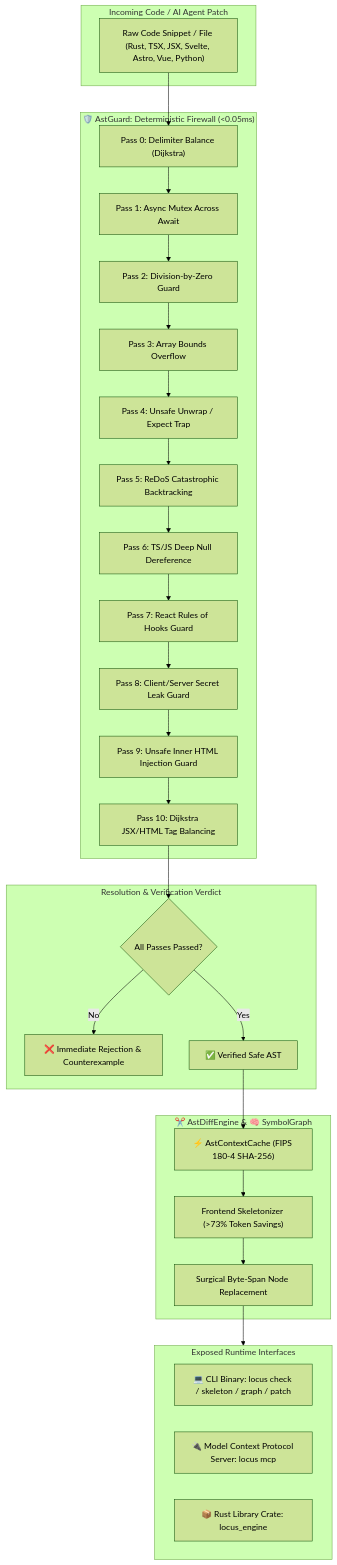
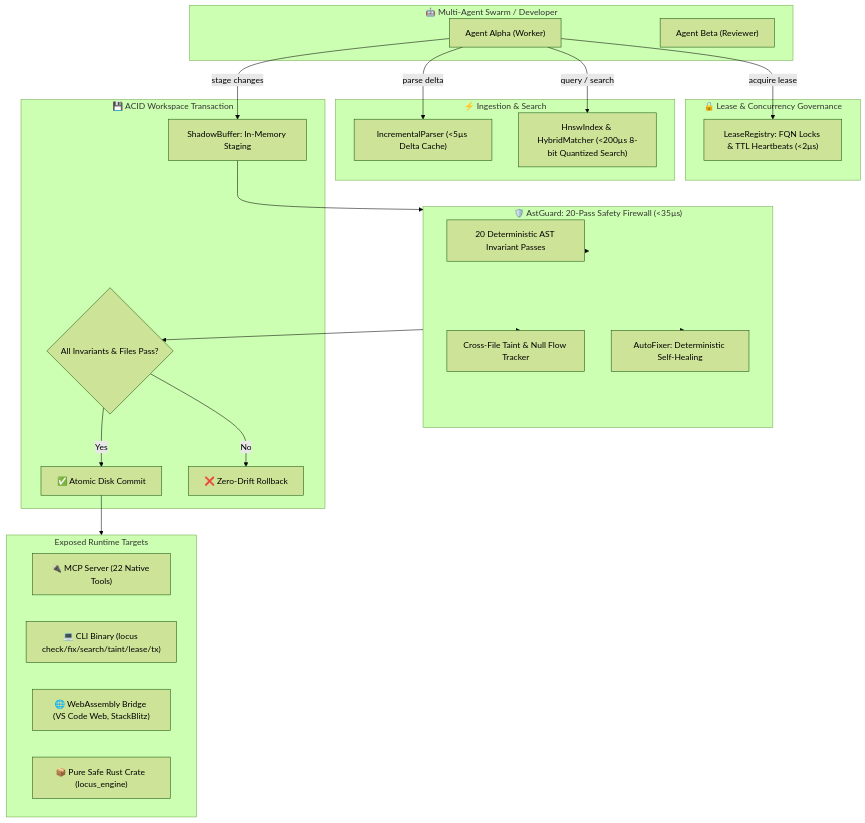
Before and after one commit to ahmadshady747-create/LOCUS: the first of 2 diagrams in README.md, drawn with Mermaid (forest theme). The commit also changed other lines of this file and 78 other files, not shown here.

Commit message:
chore(release): bump locus-engine to v1.5.0 (multi-agent symbol leases, acid workspace & wasm)

````diff
--- a/README.md
+++ b/README.md
@@ -72,44 +66,49 @@
 ```mermaid
 flowchart TD
-    subgraph Input ["Incoming Code / AI Agent Patch"]
-        RawCode["Raw Code Snippet / File (Rust, TSX, JSX, Svelte, Astro, Vue, Python)"]
+    subgraph MultiAgentSwarm ["🤖 Multi-Agent Swarm / Developer"]
+        AgentA["Agent Alpha (Worker)"]
+        AgentB["Agent Beta (Reviewer)"]
     end
 
-    subgraph AstGuardPipeline ["🛡️ AstGuard: Deterministic Firewall (<0.05ms)"]
-        P0["Pass 0: Delimiter Balance (Dijkstra)"]
-        P1["Pass 1: Async Mutex Across Await"]
-        P2["Pass 2: Division-by-Zero Guard"]
-        P3["Pass 3: Array Bounds Overflow"]
-        P4["Pass 4: Unsafe Unwrap / Expect Trap"]
-        P5["Pass 5: ReDoS Catastrophic Backtracking"]
-        P6["Pass 6: TS/JS Deep Null Dereference"]
-        P7["Pass 7: React Rules of Hooks Guard"]
-        P8["Pass 8: Client/Server Secret Leak Guard"]
-        P9["Pass 9: Unsafe Inner HTML Injection Guard"]
-        P10["Pass 10: Dijkstra JSX/HTML Tag Balancing"]
+    subgraph Governance ["🔒 Lease & Concurrency Governance"]
+        LeaseReg["LeaseRegistry: FQN Locks & TTL Heartbeats (<2µs)"]
     end
 
-    subgraph Resolution ["Resolution & Verification Verdict"]
-        VerdictSafe{"All Passes Passed?"}
-        Reject["❌ Immediate Rejection & Counterexample"]
-        Approve["✅ Verified Safe AST"]
+    subgraph Ingestion ["⚡ Ingestion & Search"]
+        IncrParser["IncrementalParser (<5µs Delta Cache)"]
+        HNSW["HnswIndex & HybridMatcher (<200µs 8-bit Quantized Search)"]
     end
 
-    subgraph ContextEngine ["✂️ AstDiffEngine & 🧠 SymbolGraph"]
-        Cache["⚡ AstContextCache (FIPS 180-4 SHA-256)"]
-        Skeleton["Frontend Skeletonizer (>73% Token Savings)"]
-        Patch["Surgical Byte-Span Node Replacement"]
+    subgraph SafetyPipeline ["🛡️ AstGuard: 20-Pass Safety Firewall (<35µs)"]
+        Invariants["20 Deterministic AST Invariant Passes"]
+        Taint["Cross-File Taint & Null Flow Tracker"]
+        AutoFix["AutoFixer: Deterministic Self-Healing"]
     end
 
-    subgraph Interfaces ["Exposed Runtime Interfaces"]
-        CLI["💻 CLI Binary: locus check / skeleton / graph / patch"]
-        MCP["🔌 Model Context Protocol Server: locus mcp"]
-        LIB["📦 Rust Library Crate: locus_engine"]
+    subgraph TransactionCoordinator ["💾 ACID Workspace Transaction"]
+        ShadowBuf["ShadowBuffer: In-Memory Staging"]
+        DiskCommit{"All Invariants & Files Pass?"}
+        CommitOk["✅ Atomic Disk Commit"]
+        Rollback["❌ Zero-Drift Rollback"]
     end
 
-    RawCode --> P0 --> P1 --> P2 --> P3 --> P4 --> P5 --> P6 --> P7 --> P8 --> P9 --> P10 --> VerdictSafe
-    VerdictSafe -->|No| Reject
-    VerdictSafe -->|Yes| Approve
-    Approve --> Cache --> Skeleton --> Patch
-    Patch --> Interfaces
+    subgraph RuntimeInterfaces ["Exposed Runtime Targets"]
+        MCP["🔌 MCP Server (22 Native Tools)"]
+        CLI["💻 CLI Binary (locus check/fix/search/taint/lease/tx)"]
+        WASM["🌐 WebAssembly Bridge (VS Code Web, StackBlitz)"]
+        LIB["📦 Pure Safe Rust Crate (locus_engine)"]
+    end
+
+    AgentA -->|acquire lease| LeaseReg
+    AgentA -->|query / search| HNSW
+    AgentA -->|parse delta| IncrParser
+    AgentA -->|stage changes| ShadowBuf
+    ShadowBuf --> SafetyPipeline
+    SafetyPipeline --> Invariants
+    SafetyPipeline --> Taint
+    SafetyPipeline --> AutoFix
+    SafetyPipeline --> DiskCommit
+    DiskCommit -->|Yes| CommitOk
+    DiskCommit -->|No| Rollback
+    CommitOk --> RuntimeInterfaces
 ```
````
